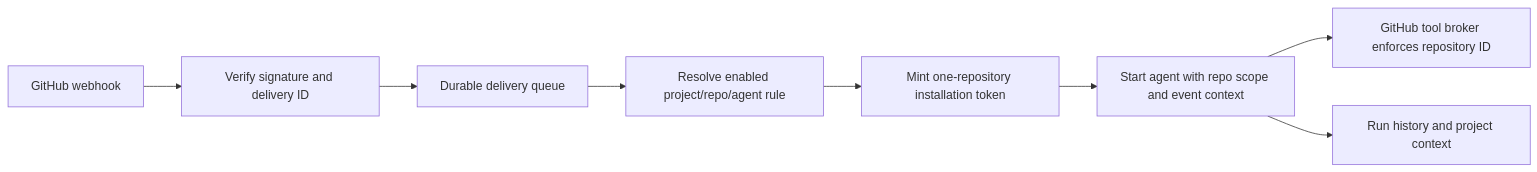
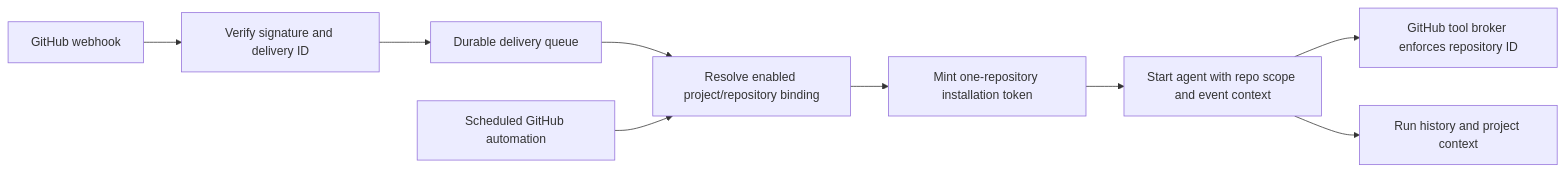
One commit to khangdoan514/hacktx-2026 changed the diagram in docs/github-agent-integration-plan.md. Above: the diagram before and after it, drawn with Mermaid. The commit also changed other lines of this file and 6 other files, not shown here.

Commit message:
Run scheduled GitHub reviews with repository scoped tools

````diff
--- a/docs/github-agent-integration-plan.md
+++ b/docs/github-agent-integration-plan.md
@@ -33,10 +33,11 @@
 ```mermaid
 flowchart LR
   GH[GitHub webhook] --> V[Verify signature and delivery ID]
   V --> Q[Durable delivery queue]
-  Q --> B[Resolve enabled project/repo/agent rule]
+  Q --> B[Resolve enabled project/repository binding]
+  S[Scheduled GitHub automation] --> B
   B --> T[Mint one-repository installation token]
   T --> A[Start agent with repo scope and event context]
   A --> G[GitHub tool broker enforces repository ID]
   A --> H[Run history and project context]
 ```
````
